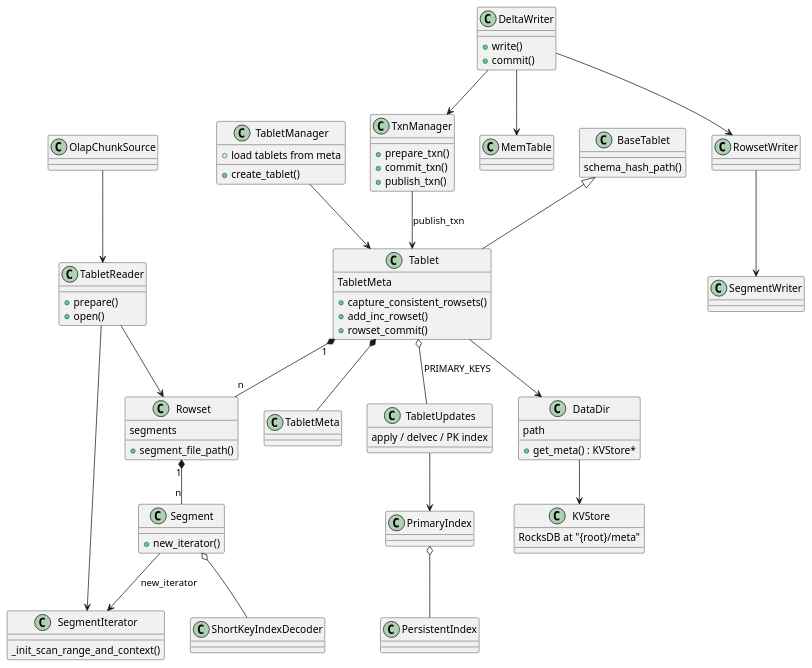
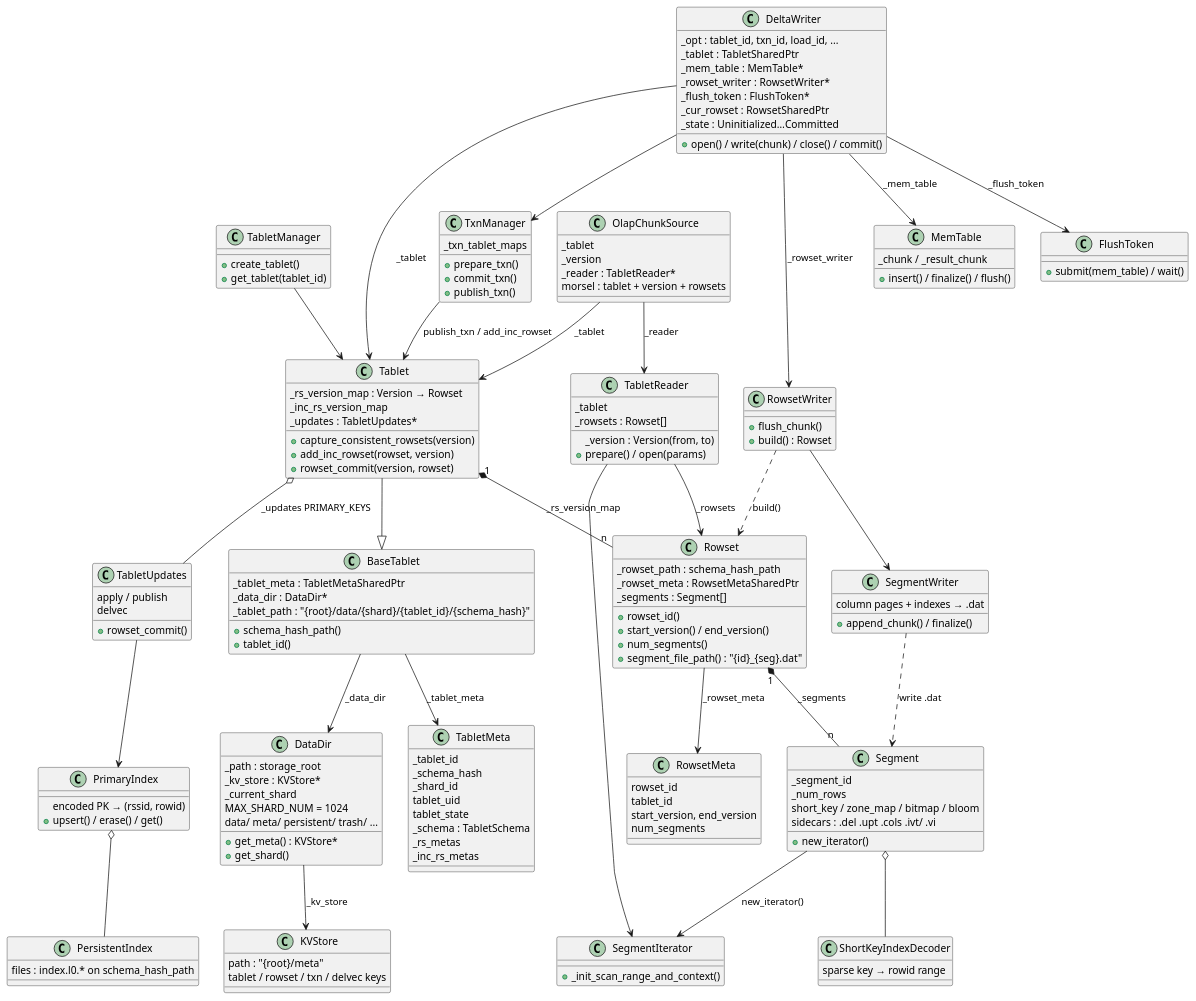
One commit to kevinwang930/kevinwang930.github.io changed the second of 5 diagrams in content/post/data/db/starrocks/backend/index.md. Above: the diagram before and after it, drawn with PlantUML. The commit also changed other lines of this file and 10 other files, not shown here.

````diff
--- a/content/post/data/db/starrocks/backend/index.md
+++ b/content/post/data/db/starrocks/backend/index.md
@@ -259,94 +183,183 @@
 ```plantuml
 @startuml
 
+skinparam packageStyle rectangle
+
 class DataDir {
-  path
+  _path : storage_root
+  _kv_store : KVStore*
+  _current_shard
+  MAX_SHARD_NUM = 1024
+  data/ meta/ persistent/ trash/ ...
   +get_meta() : KVStore*
+  +get_shard()
 }
 
 class KVStore {
-  RocksDB at "{root}/meta"
+  path : "{root}/meta"
+  tablet / rowset / txn / delvec keys
 }
 
 class TabletManager {
   +create_tablet()
-  +load tablets from meta
+  +get_tablet(tablet_id)
 }
 
 class BaseTablet {
-  schema_hash_path()
+  _tablet_meta : TabletMetaSharedPtr
+  _data_dir : DataDir*
+  _tablet_path : "{root}/data/{shard}/{tablet_id}/{schema_hash}"
+  +schema_hash_path()
+  +tablet_id()
 }
 
 class Tablet {
-  TabletMeta
-  +capture_consistent_rowsets()
-  +add_inc_rowset()
+  _rs_version_map : Version → Rowset
+  _inc_rs_version_map
+  _updates : TabletUpdates*
+  +capture_consistent_rowsets(version)
+  +add_inc_rowset(rowset, version)
+  +rowset_commit(version, rowset)
+}
+
+class TabletMeta {
+  _tablet_id
+  _schema_hash
+  _shard_id
+  tablet_uid
+  tablet_state
+  _schema : TabletSchema
+  _rs_metas
+  _inc_rs_metas
+}
+
+class TabletUpdates {
+  apply / publish
+  delvec
   +rowset_commit()
 }
 
-class TabletMeta
-class TabletUpdates {
-  apply / delvec / PK index
+class PrimaryIndex {
+  encoded PK → (rssid, rowid)
+  +upsert() / erase() / get()
+}
+
+class PersistentIndex {
+  files : index.l0.* on schema_hash_path
 }
 
 class Rowset {
-  +segment_file_path()
-  segments
+  _rowset_path : schema_hash_path
+  _rowset_meta : RowsetMetaSharedPtr
+  _segments : Segment[]
+  +rowset_id()
+  +start_version() / end_version()
+  +num_segments()
+  +segment_file_path() : "{id}_{seg}.dat"
+}
+
+class RowsetMeta {
+  rowset_id
+  tablet_id
+  start_version, end_version
+  num_segments
 }
 
 class Segment {
+  _segment_id
+  _num_rows
+  short_key / zone_map / bitmap / bloom
+  sidecars : .del .upt .cols .ivt/ .vi
   +new_iterator()
 }
 
-class SegmentIterator {
-  _init_scan_range_and_context()
+class ShortKeyIndexDecoder {
+  sparse key → rowid range
 }
 
-class ShortKeyIndexDecoder
-class PrimaryIndex
-class PersistentIndex
+class SegmentIterator {
+  +_init_scan_range_and_context()
+}
 
 class DeltaWriter {
-  +write()
-  +commit()
+  _opt : tablet_id, txn_id, load_id, ...
+  _tablet : TabletSharedPtr
+  _mem_table : MemTable*
+  _rowset_writer : RowsetWriter*
+  _flush_token : FlushToken*
+  _cur_rowset : RowsetSharedPtr
+  _state : Uninitialized…Committed
+  +open() / write(chunk) / close() / commit()
 }
 
-class MemTable
-class RowsetWriter
-class SegmentWriter
+class MemTable {
+  _chunk / _result_chunk
+  +insert() / finalize() / flush()
+}
+
+class FlushToken {
+  +submit(mem_table) / wait()
+}
+
+class RowsetWriter {
+  +flush_chunk()
+  +build() : Rowset
+}
+
+class SegmentWriter {
+  column pages + indexes → .dat
+  +append_chunk() / finalize()
+}
+
 class TxnManager {
+  _txn_tablet_maps
   +prepare_txn()
   +commit_txn()
   +publish_txn()
 }
 
-class OlapChunkSource
-class TabletReader {
-  +prepare()
-  +open()
+class OlapChunkSource {
+  _tablet
+  _version
+  _reader : TabletReader*
+  morsel : tablet + version + rowsets
 }
 
-DataDir --> KVStore
+class TabletReader {
+  _tablet
+  _version : Version(from, to)
+  _rowsets : Rowset[]
+  +prepare() / open(params)
+}
+
+' ---- one connected graph ----
+DataDir --> KVStore : _kv_store
 TabletManager --> Tablet
-BaseTablet <|-- Tablet
-Tablet --> DataDir
-Tablet *-- TabletMeta
-Tablet o-- TabletUpdates : PRIMARY_KEYS
-Tablet "1" *-- "n" Rowset
-Rowset "1" *-- "n" Segment
-Segment --> SegmentIterator : new_iterator
-Segment o-- ShortKeyIndexDecoder
+Tablet --|> BaseTablet
+BaseTablet --> DataDir : _data_dir
+BaseTablet --> TabletMeta : _tablet_meta
+Tablet o-- TabletUpdates : _updates PRIMARY_KEYS
 TabletUpdates --> PrimaryIndex
 PrimaryIndex o-- PersistentIndex
+Tablet "1" *-- "n" Rowset : _rs_version_map
+Rowset --> RowsetMeta : _rowset_meta
+Rowset "1" *-- "n" Segment : _segments
+Segment o-- ShortKeyIndexDecoder
+Segment --> SegmentIterator : new_iterator()
 
-DeltaWriter --> MemTable
-DeltaWriter --> RowsetWriter
+DeltaWriter --> Tablet : _tablet
+DeltaWriter --> MemTable : _mem_table
+DeltaWriter --> FlushToken : _flush_token
+DeltaWriter --> RowsetWriter : _rowset_writer
 RowsetWriter --> SegmentWriter
+RowsetWriter ..> Rowset : build()
+SegmentWriter ..> Segment : write .dat
 DeltaWriter --> TxnManager
-TxnManager --> Tablet : publish_txn
+TxnManager --> Tablet : publish_txn / add_inc_rowset
 
-OlapChunkSource --> TabletReader
-TabletReader --> Rowset
+OlapChunkSource --> Tablet : _tablet
+OlapChunkSource --> TabletReader : _reader
+TabletReader --> Rowset : _rowsets
 TabletReader --> SegmentIterator
 
 @enduml
````
